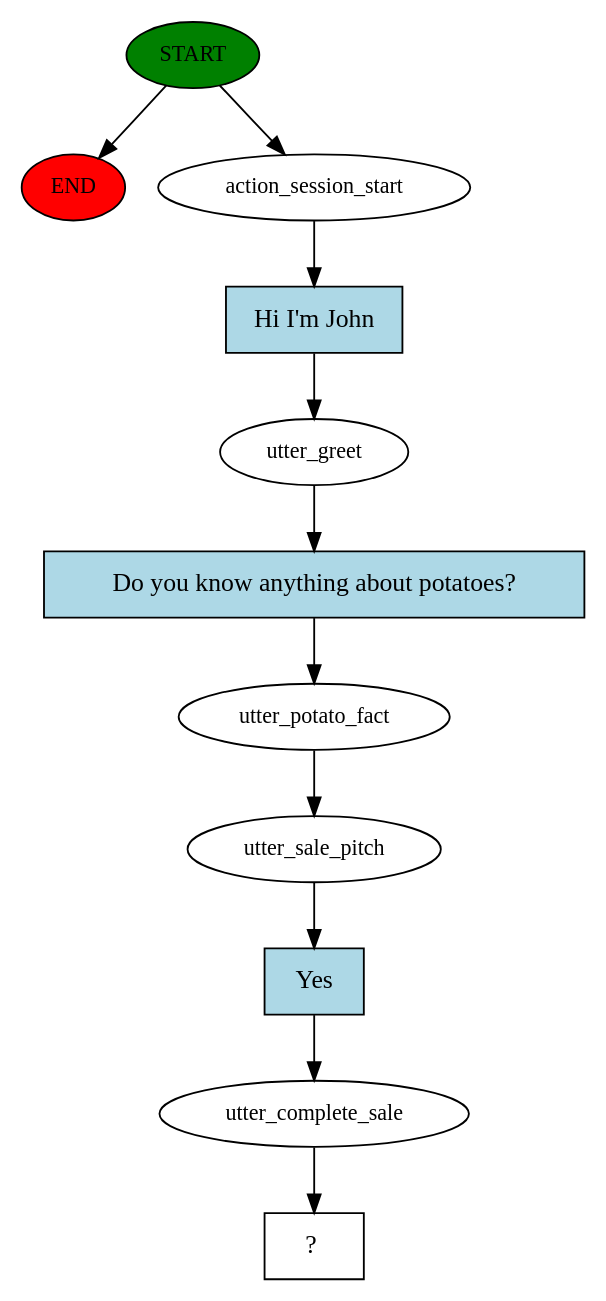
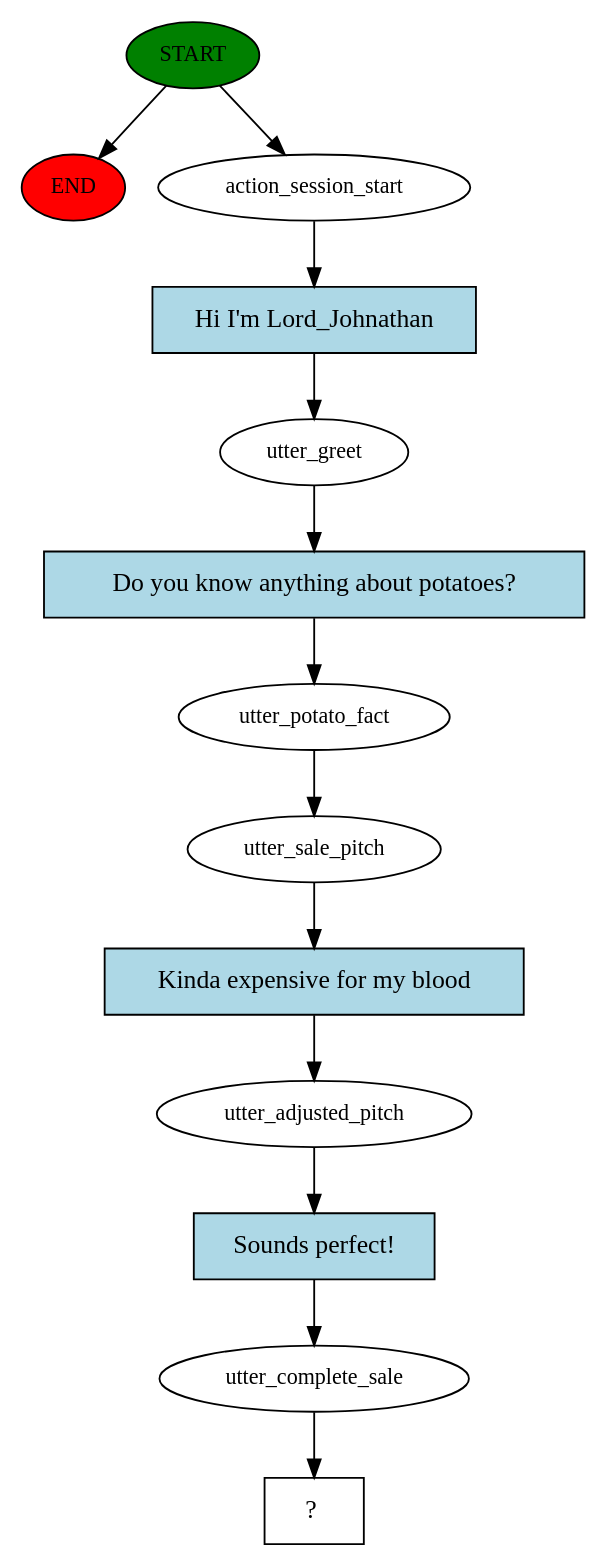
Before and after one commit to KazeShikaru/ChatBot: the diagram in rasa/story_graph.dot, drawn with Graphviz. The commit also changed 6 other files, not shown here.

```diff
--- a/rasa/story_graph.dot
+++ b/rasa/story_graph.dot
@@ -1,23 +1,27 @@
 digraph  {
 0 [class="start active", fillcolor=green, fontsize=12, label=START, style=filled];
 "-1" [class=end, fillcolor=red, fontsize=12, label=END, style=filled];
 1 [class=active, fontsize=12, label=action_session_start];
 2 [class=active, fontsize=12, label=utter_greet];
 3 [class=active, fontsize=12, label=utter_potato_fact];
 4 [class=active, fontsize=12, label=utter_sale_pitch];
-5 [class=active, fontsize=12, label=utter_complete_sale];
-6 [class="intent dashed active", label="  ?  ", shape=rect];
-7 [class="intent active", fillcolor=lightblue, label="Hi I'm John", shape=rect, style=filled];
-8 [class="intent active", fillcolor=lightblue, label="Do you know anything about potatoes?", shape=rect, style=filled];
-9 [class="intent active", fillcolor=lightblue, label=Yes, shape=rect, style=filled];
+5 [class=active, fontsize=12, label=utter_adjusted_pitch];
+6 [class=active, fontsize=12, label=utter_complete_sale];
+7 [class="intent dashed active", label="  ?  ", shape=rect];
+8 [class="intent active", fillcolor=lightblue, label="Hi I'm Lord_Johnathan", shape=rect, style=filled];
+9 [class="intent active", fillcolor=lightblue, label="Do you know anything about potatoes?", shape=rect, style=filled];
+10 [class="intent active", fillcolor=lightblue, label="Kinda expensive for my blood", shape=rect, style=filled];
+11 [class="intent active", fillcolor=lightblue, label="Sounds perfect!", shape=rect, style=filled];
 0 -> "-1"  [class="", key=NONE, label=""];
 0 -> 1  [class=active, key=NONE, label=""];
-1 -> 7  [class=active, key=0];
-2 -> 8  [class=active, key=0];
+1 -> 8  [class=active, key=0];
+2 -> 9  [class=active, key=0];
 3 -> 4  [class=active, key=NONE, label=""];
-4 -> 9  [class=active, key=0];
-5 -> 6  [class=active, key=NONE, label=""];
-7 -> 2  [class=active, key=0];
-8 -> 3  [class=active, key=0];
-9 -> 5  [class=active, key=0];
+4 -> 10  [class=active, key=0];
+5 -> 11  [class=active, key=0];
+6 -> 7  [class=active, key=NONE, label=""];
+8 -> 2  [class=active, key=0];
+9 -> 3  [class=active, key=0];
+10 -> 5  [class=active, key=0];
+11 -> 6  [class=active, key=0];
 }
```
